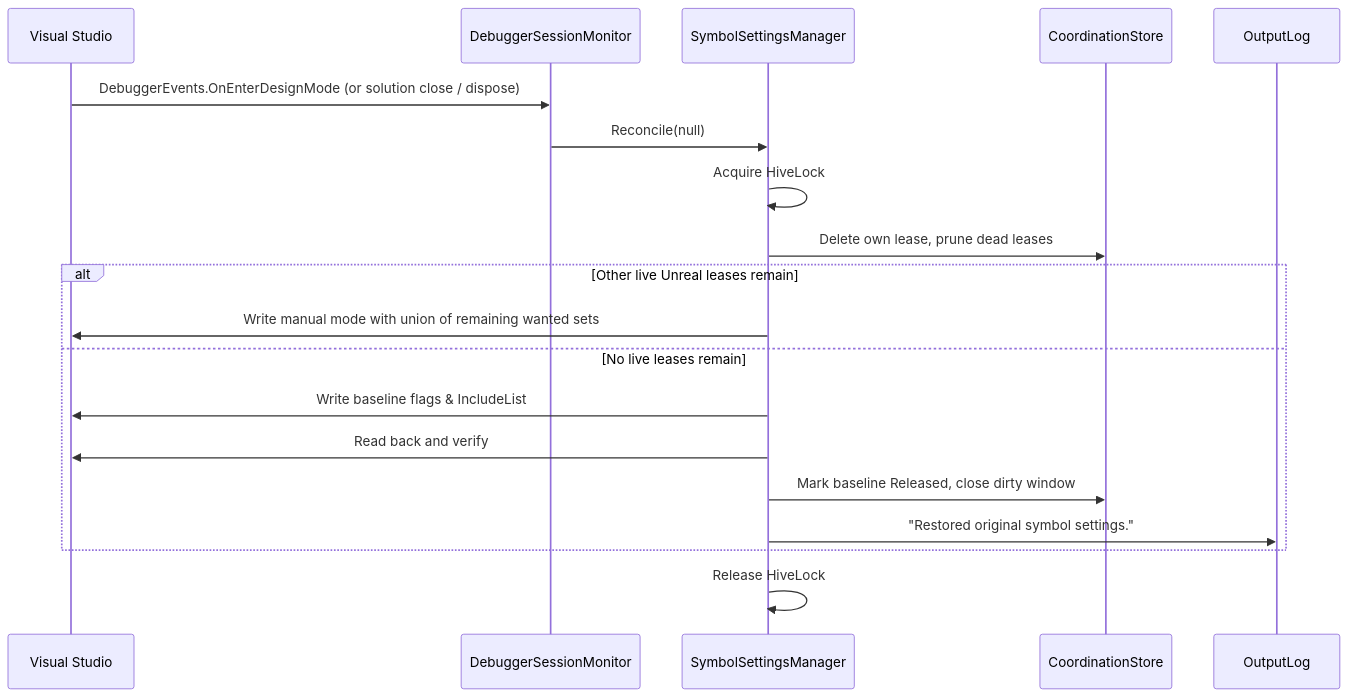
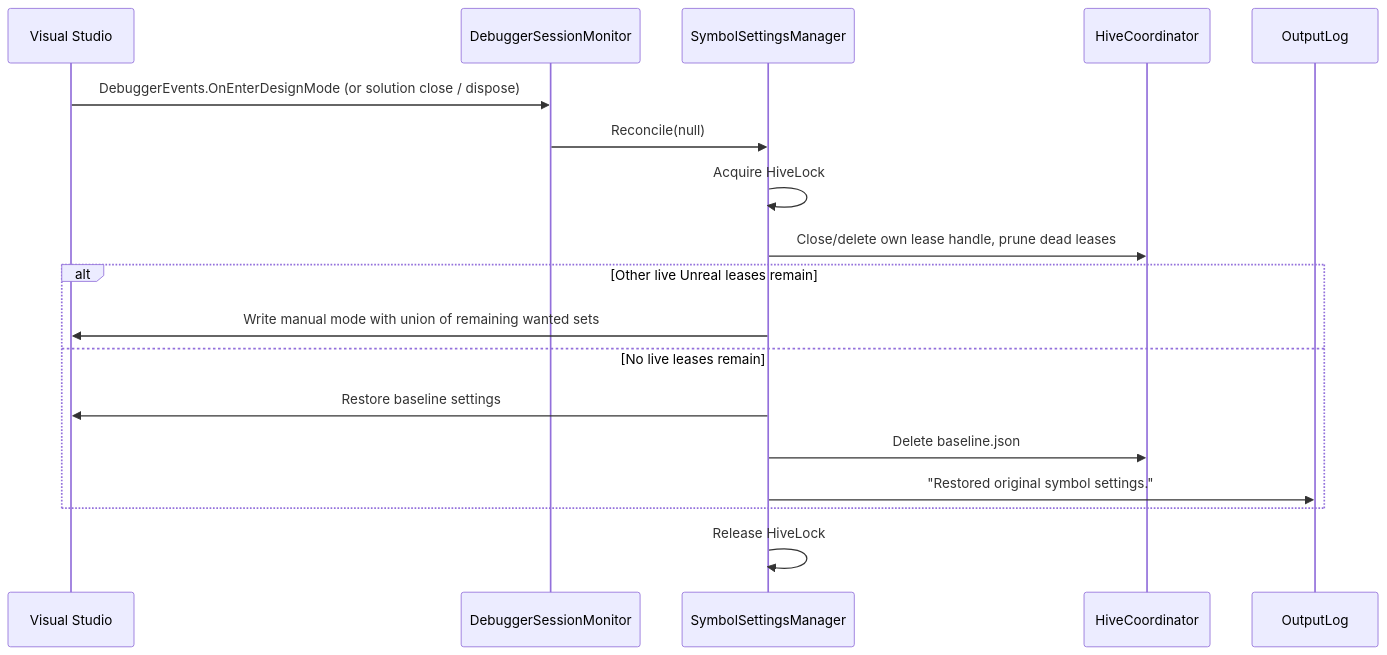
Before and after one commit to mattshepcar/VSOnDemandSymbols: the fifth of 6 diagrams in docs/ARCHITECTURE.md, drawn with Mermaid. The commit also changed other lines of this file and 15 other files, not shown here.

Commit message:
refactor(core): simplify multi-instance coordination to Option A with kernel file-handle locks

````diff
--- a/docs/ARCHITECTURE.md
+++ b/docs/ARCHITECTURE.md
@@ -226,22 +222,21 @@
 ```mermaid
 sequenceDiagram
     participant VS as Visual Studio
     participant DSM as DebuggerSessionMonitor
     participant SSM as SymbolSettingsManager
-    participant Store as CoordinationStore
+    participant Coord as HiveCoordinator
     participant Log as OutputLog
 
     VS->>DSM: DebuggerEvents.OnEnterDesignMode (or solution close / dispose)
     DSM->>SSM: Reconcile(null)
     SSM->>SSM: Acquire HiveLock
-    SSM->>Store: Delete own lease, prune dead leases
+    SSM->>Coord: Close/delete own lease handle, prune dead leases
     alt Other live Unreal leases remain
         SSM->>VS: Write manual mode with union of remaining wanted sets
     else No live leases remain
-        SSM->>VS: Write baseline flags & IncludeList
-        SSM->>VS: Read back and verify
-        SSM->>Store: Mark baseline Released, close dirty window
+        SSM->>VS: Restore baseline settings
+        SSM->>Coord: Delete baseline.json
         SSM->>Log: "Restored original symbol settings."
     end
     SSM->>SSM: Release HiveLock
 ```
````
